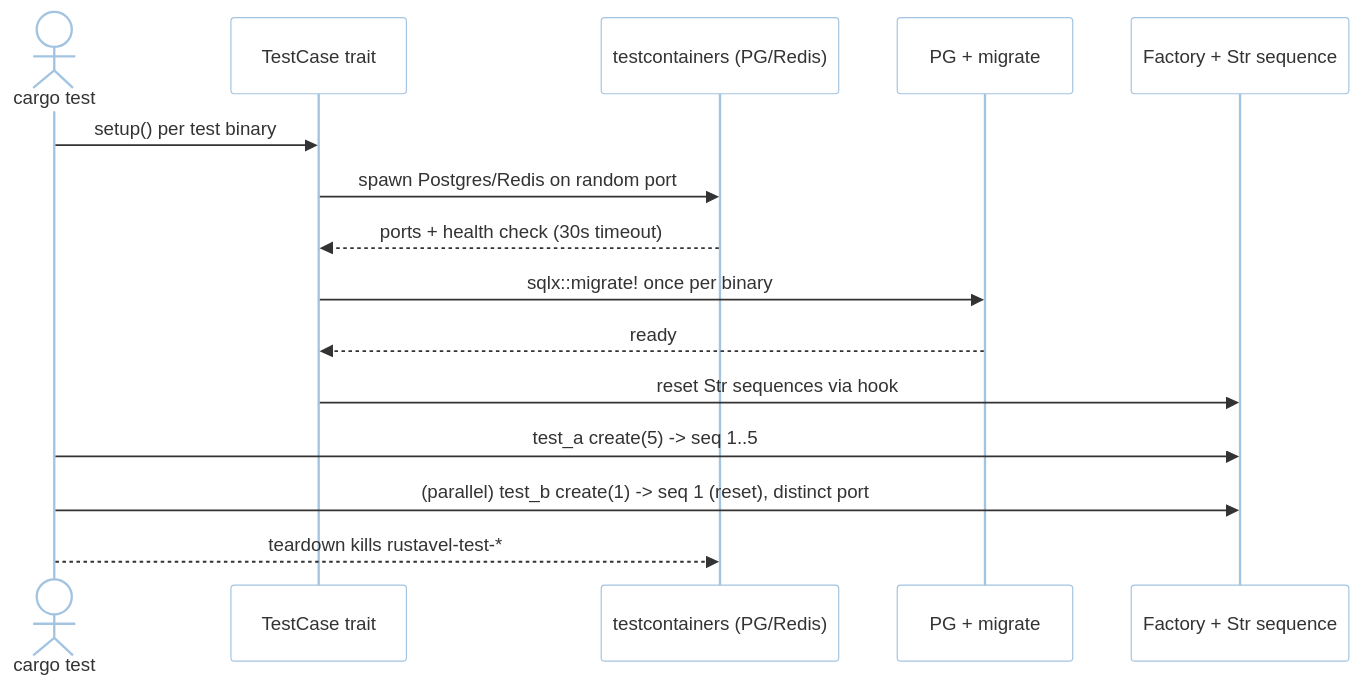
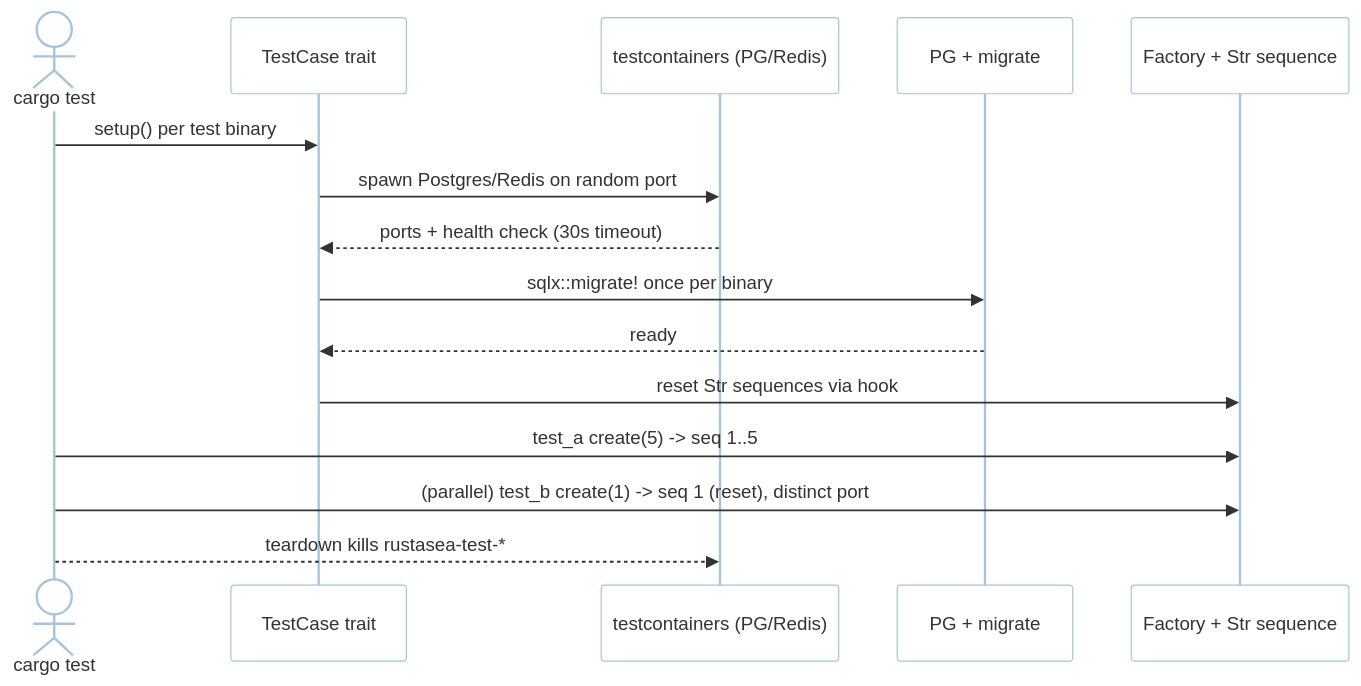
One commit to rustasea/rustasea changed the first of 2 diagrams in .agents/documents/application/modules/developer-platform/testing-harness.md. Above: the diagram before and after it, drawn with Mermaid. The commit also changed other lines of this file and 405 other files, not shown here.

````diff
--- a/.agents/documents/application/modules/developer-platform/testing-harness.md
+++ b/.agents/documents/application/modules/developer-platform/testing-harness.md
@@ -21,19 +21,19 @@
 ```mermaid
 %%{init: {"theme": "base", "themeVariables": {"background": "#ffffff", "mainBkg": "#ffffff", "primaryColor": "#bbdefb", "secondaryColor": "#fff9c4", "tertiaryColor": "#c8e6c9"}}}%%
 sequenceDiagram
     actor Cargo as cargo test
     participant TestCase as TestCase trait
     participant Containers as testcontainers (PG/Redis)
     participant DB as PG + migrate
     participant Factory as Factory + Str sequence
 
     Cargo->>TestCase: setup() per test binary
     TestCase->>Containers: spawn Postgres/Redis on random port
     Containers-->>TestCase: ports + health check (30s timeout)
     TestCase->>DB: sqlx::migrate! once per binary
     DB-->>TestCase: ready
     TestCase->>Factory: reset Str sequences via hook
     Cargo->>Factory: test_a create(5) -> seq 1..5
     Cargo->>Factory: (parallel) test_b create(1) -> seq 1 (reset), distinct port
-    Cargo-->>Containers: teardown kills rustavel-test-*
+    Cargo-->>Containers: teardown kills rustasea-test-*
 ```
````
